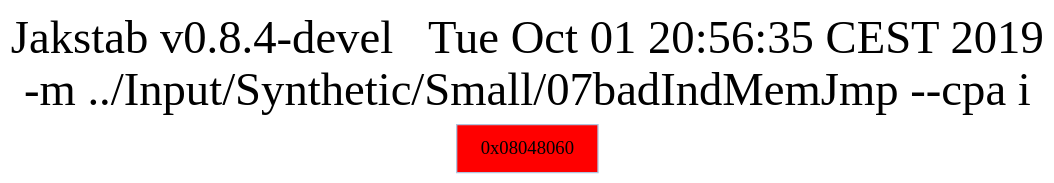
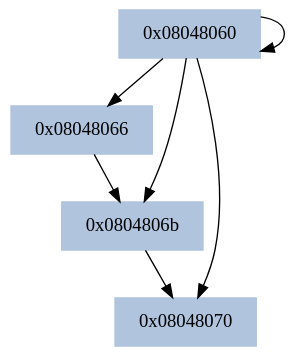
Before and after one commit to tpetersonkth/AlternatingControlFlowReconstruction: the diagram in Input/IdealCFAs/07badIndMemJmp_ideal.dot, drawn with Graphviz. The commit also changed 5 other files, not shown here.

Commit message:
Add ideal graphs for binaries containing true tops

```diff
--- a/Input/IdealCFAs/07badIndMemJmp_ideal.dot
+++ b/Input/IdealCFAs/07badIndMemJmp_ideal.dot
@@ -1,6 +1,15 @@
 digraph G {
 node[shape=rectangle,style=filled,fillcolor=lightsteelblue,color=lightsteelblue]
 bgcolor="transparent"
-graph [label="Jakstab v0.8.4-devel   Tue Oct 01 20:56:35 CEST 2019\n-m ../Input/Synthetic/Small/07badIndMemJmp --cpa i", labelloc=t, fontsize=35, pad=30]
-"0x08048060"[label="0x08048060\n",fillcolor="red"];
+graph [label="", labelloc=t, fontsize=35, pad=30]
+"0x08048060"[label="0x08048060\n"];
+"0x08048066"[label="0x08048066\n"];
+"0x0804806b"[label="0x0804806b\n"];
+"0x08048070"[label="0x08048070\n"];
+"0x08048060" -> "0x08048060" [color="#000000"];
+"0x08048060" -> "0x08048066" [color="#000000"];
+"0x08048060" -> "0x0804806b" [color="#000000"];
+"0x08048060" -> "0x08048070" [color="#000000"];
+"0x08048066" -> "0x0804806b" [color="#000000"];
+"0x0804806b" -> "0x08048070" [color="#000000"];
 }
```
